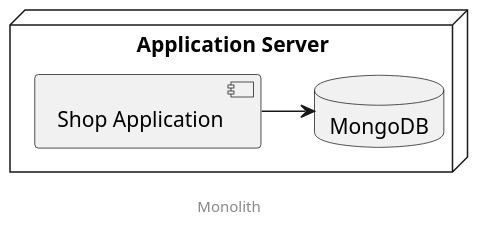
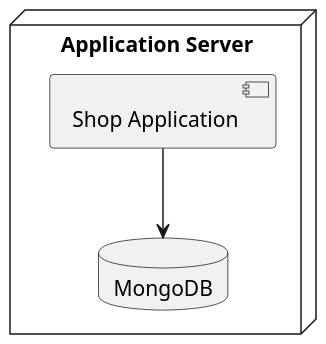
Before and after one commit to zutherb/AppStash: the diagram in slides/01_talk/images/architecture.puml, drawn with PlantUML. The commit also changed 1 other file, not shown here.

Commit message:
layout uml diagramms

```diff
--- a/slides/01_talk/images/architecture.puml
+++ b/slides/01_talk/images/architecture.puml
@@ -1,13 +1,11 @@
 @startuml
 scale 1.5
 
 node "Application Server" {
-[Shop Application] -> MongoDB
-
+[Shop Application] -down-> MongoDB
 }
 
 database "MongoDB" {
 }
 
-center footer Monolith
 @enduml
```
